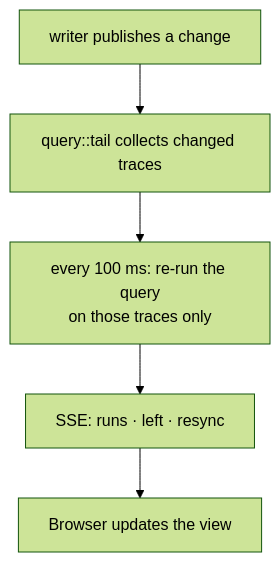
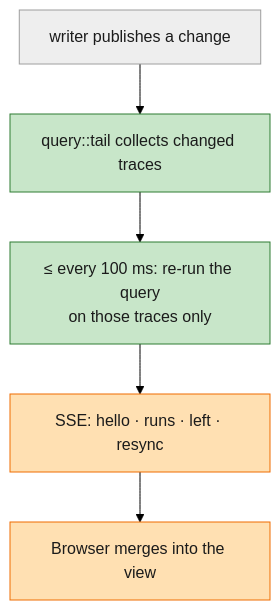
The fifth of 10 diagrams in specs/002-m2-durable-storage-query-builder/starter-guide.md (liukai/smithling), drawn with Mermaid (forest theme) before and after one commit. The commit also changed other lines of this file, not shown here.

````diff
--- a/specs/002-m2-durable-storage-query-builder/starter-guide.md
+++ b/specs/002-m2-durable-storage-query-builder/starter-guide.md
@@ -80,9 +121,12 @@
 ```mermaid
 flowchart TB
-    A["writer publishes a change"]
-    B["query::tail collects changed traces"]
-    C["every 100 ms: re-run the query<br/>on those traces only"]
-    D["SSE: runs · left · resync"]
-    E["Browser updates the view"]
+    A["writer publishes a change"]:::old
+    B["query::tail collects changed traces"]:::new
+    C["≤ every 100 ms: re-run the query<br/>on those traces only"]:::new
+    D["SSE: hello · runs · left · resync"]:::revised
+    E["Browser merges into the view"]:::revised
     A --> B --> C --> D --> E
+    classDef new fill:#c8e6c9,stroke:#2e7d32,color:#1b1b1b
+    classDef revised fill:#ffe0b2,stroke:#ef6c00,color:#1b1b1b
+    classDef old fill:#eeeeee,stroke:#9e9e9e,color:#1b1b1b
 ```
````
